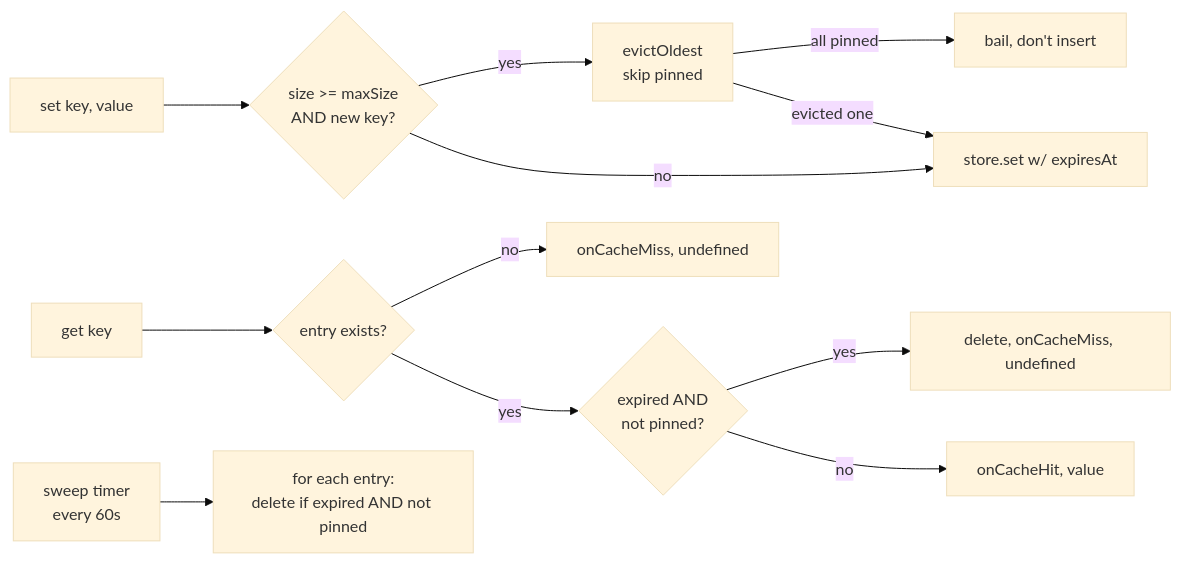
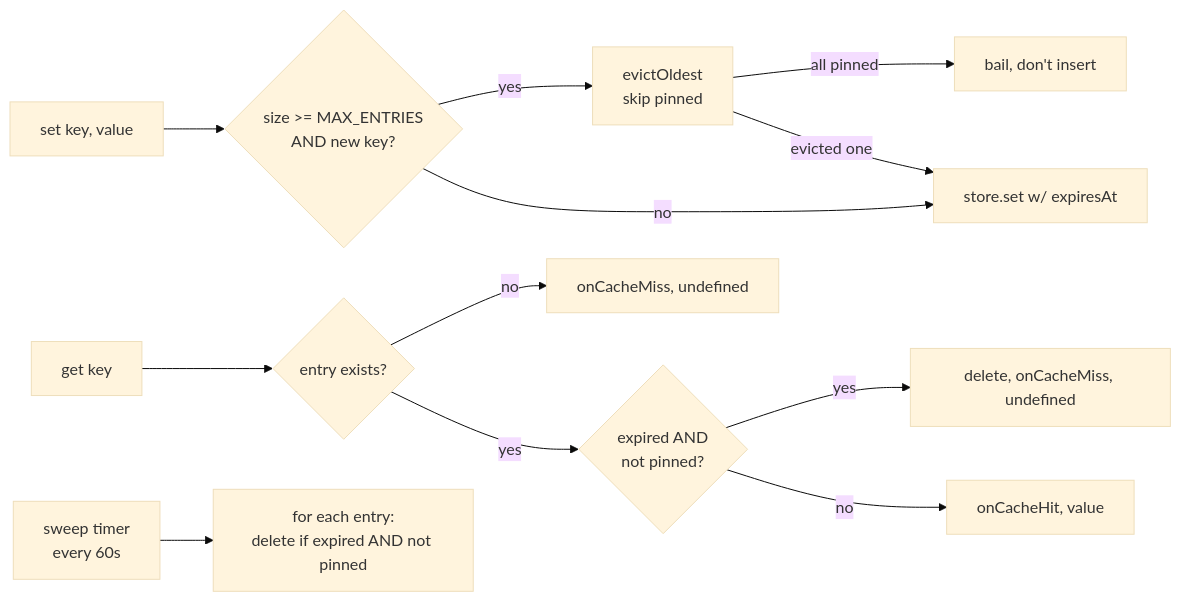
The sixth of 7 diagrams in docs/caching.md (PhilippeChab/arkyvree), drawn with Mermaid (base theme) before and after one commit. The commit also changed other lines of this file and 12 other files, not shown here.

````diff
--- a/docs/caching.md
+++ b/docs/caching.md
@@ -395,14 +395,14 @@
 ```mermaid
 flowchart LR
-    Set[set key, value] --> Cap{size >= maxSize<br/>AND new key?}
+    Set[set key, value] --> Cap{size >= MAX_ENTRIES<br/>AND new key?}
     Cap -->|yes| Evict[evictOldest<br/>skip pinned]
     Evict -->|all pinned| Bail[bail, don't insert]
     Evict -->|evicted one| Insert
     Cap -->|no| Insert[store.set w/ expiresAt]
     Get[get key] --> Entry{entry exists?}
     Entry -->|no| Miss[onCacheMiss, undefined]
     Entry -->|yes| Exp{expired AND<br/>not pinned?}
     Exp -->|yes| Del[delete, onCacheMiss, undefined]
     Exp -->|no| Hit[onCacheHit, value]
     Sweep[sweep timer<br/>every 60s] --> Scan[for each entry:<br/>delete if expired AND not pinned]
 ```
````
